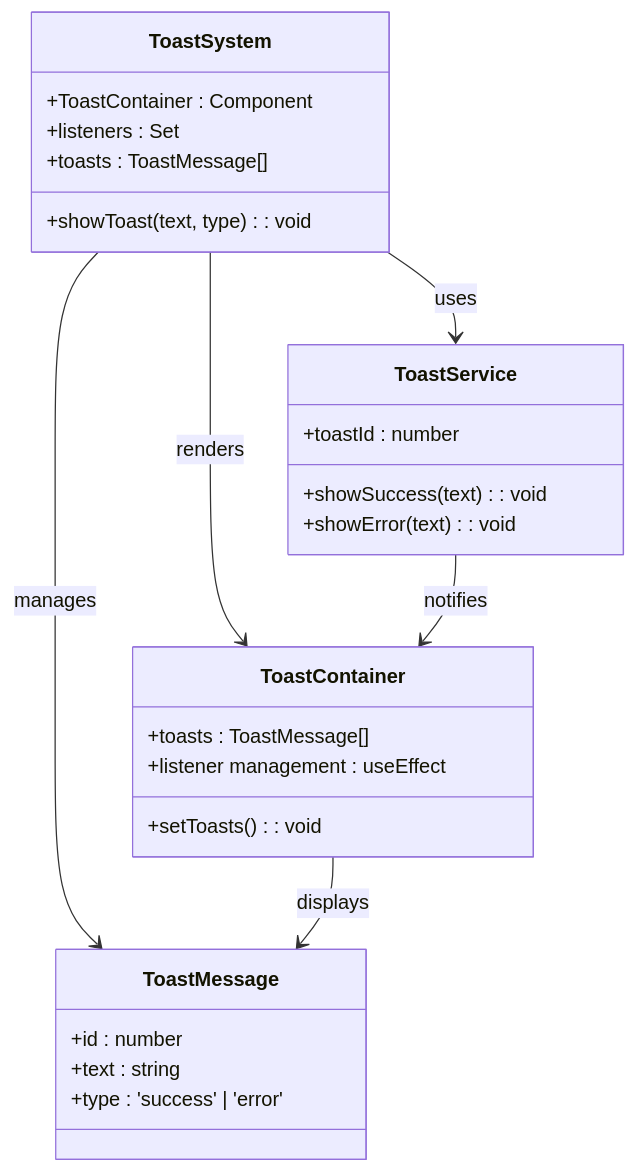
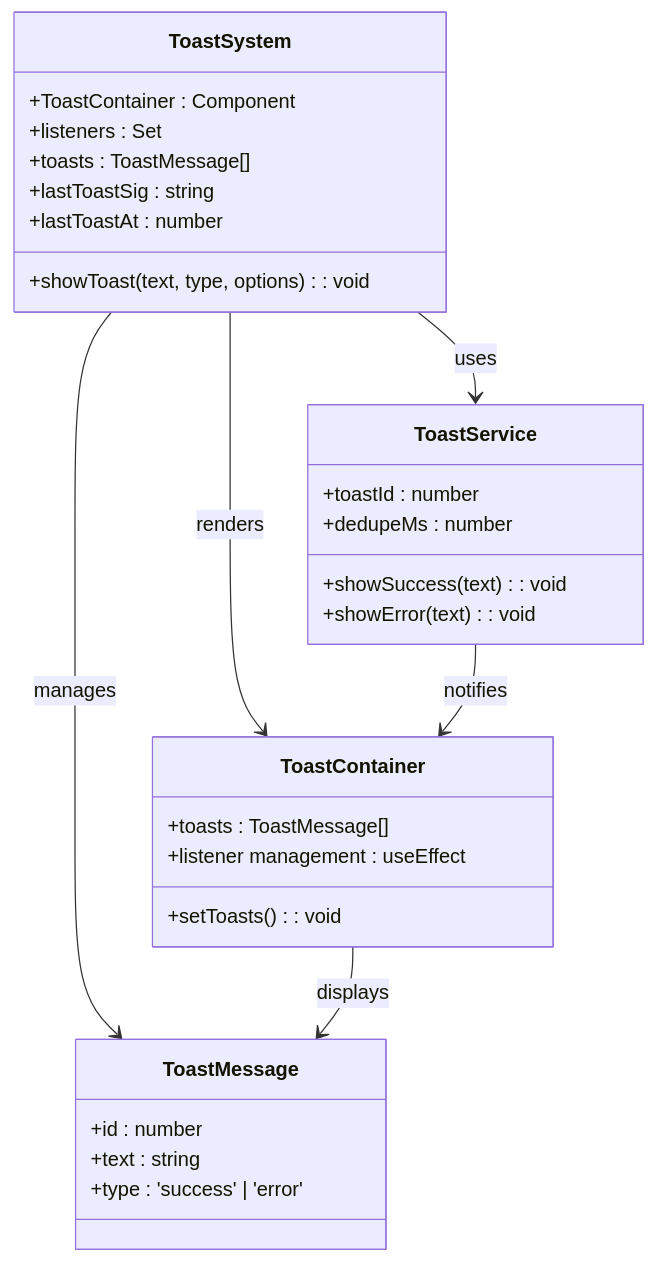
Before and after one commit to wanwushelie/markdown-to-word-studio: the sixth of 15 diagrams in .lingma/repowiki/zh/content/用户指南/前端界面现代化/前端界面现代化.md, drawn with Mermaid. The commit also changed other lines of this file and 82 other files, not shown here.

````diff
--- a/.lingma/repowiki/zh/content/用户指南/前端界面现代化/前端界面现代化.md
+++ b/.lingma/repowiki/zh/content/用户指南/前端界面现代化/前端界面现代化.md
@@ -484,29 +572,32 @@
 ```mermaid
 classDiagram
 class ToastSystem {
-+showToast(text, type) : void
++showToast(text, type, options) : void
 +ToastContainer : Component
 +listeners : Set
 +toasts : ToastMessage[]
++lastToastSig : string
++lastToastAt : number
 }
 class ToastMessage {
 +id : number
 +text : string
 +type : 'success' | 'error'
 }
 class ToastContainer {
 +toasts : ToastMessage[]
 +setToasts() : void
 +listener management : useEffect
 }
 class ToastService {
 +showSuccess(text) : void
 +showError(text) : void
 +toastId : number
++dedupeMs : number
 }
 ToastSystem --> ToastMessage : manages
 ToastSystem --> ToastContainer : renders
 ToastSystem --> ToastService : uses
 ToastContainer --> ToastMessage : displays
 ToastService --> ToastContainer : notifies
 ```
````
